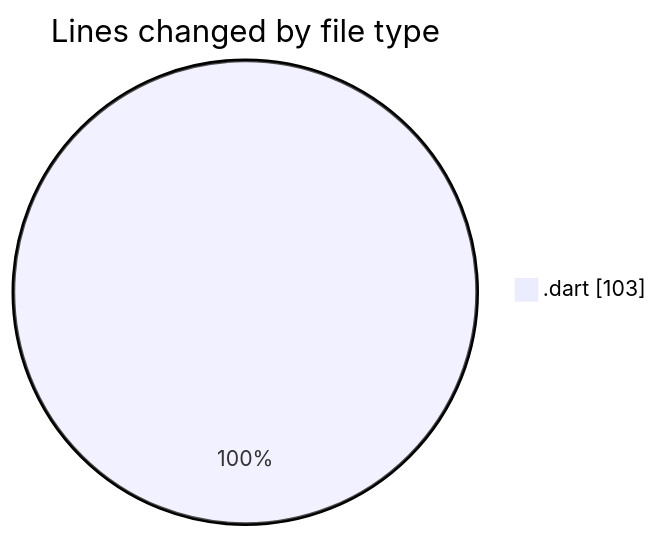
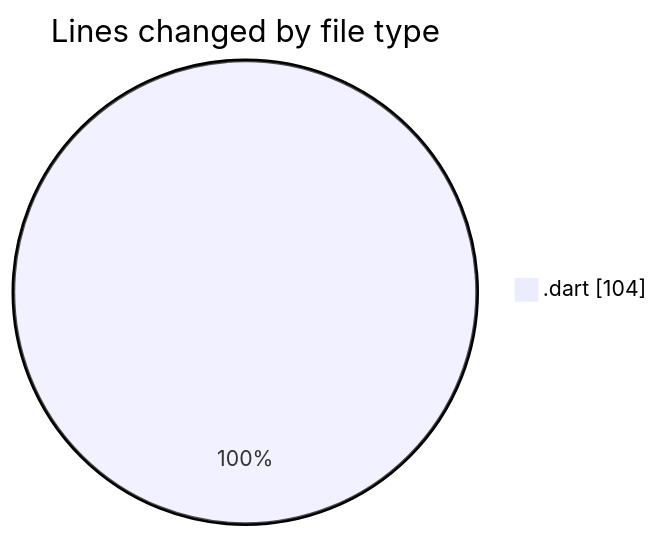
Before and after one commit to donsfak/code-tracking: the first of 2 diagrams in 2025-02-17/uber_clone/README.md, drawn with Mermaid. The commit also changed other lines of this file and 1 other file, not shown here.

````diff
--- a/2025-02-17/uber_clone/README.md
+++ b/2025-02-17/uber_clone/README.md
@@ -20,5 +20,5 @@
 ```mermaid
 pie showData
 title Lines changed by file type
-".dart" : 103
+".dart" : 104
 ```
````
